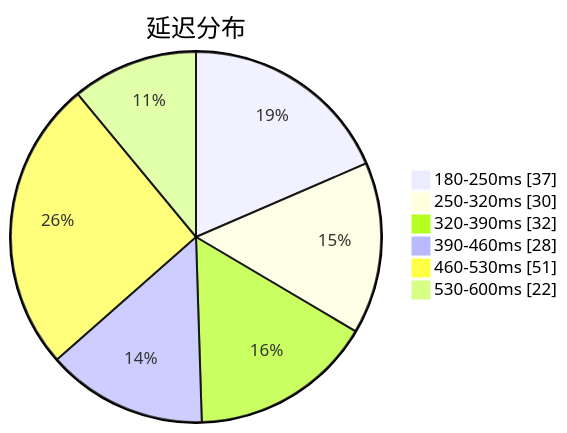
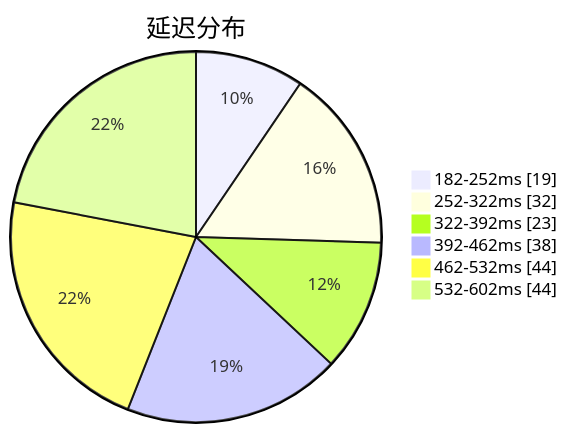
One commit to qjlxg/airport changed the first of 3 diagrams in subs/statistics/tested_within.md. Above: the diagram before and after it, drawn with Mermaid. The commit also changed other lines of this file and 2 other files, not shown here.

````diff
--- a/subs/statistics/tested_within.md
+++ b/subs/statistics/tested_within.md
@@ -2,10 +2,10 @@
 ```mermaid
 pie showData
 title 延迟分布
-"180-250ms" : 37
-"250-320ms" : 30
-"320-390ms" : 32
-"390-460ms" : 28
-"460-530ms" : 51
-"530-600ms" : 22
+"182-252ms" : 19
+"252-322ms" : 32
+"322-392ms" : 23
+"392-462ms" : 38
+"462-532ms" : 44
+"532-602ms" : 44
 ```
````
